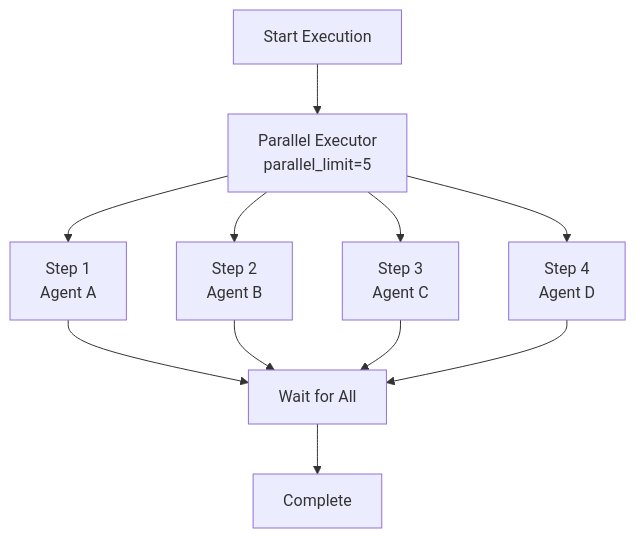
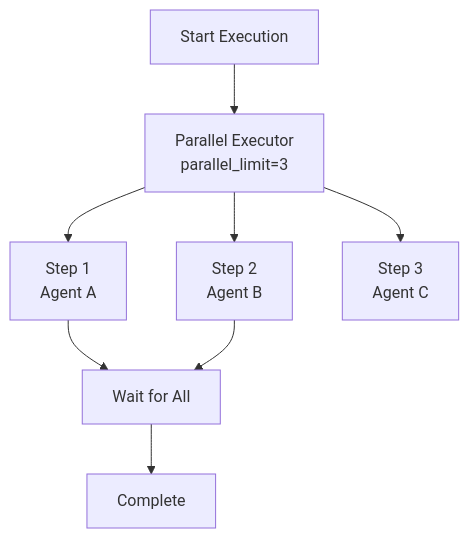
The second of 5 diagrams in docs/workflows-recipes/execution-configuration.md (AutomatosAI/automatos-ai), drawn with Mermaid before and after one commit. The commit also changed other lines of this file and 153 other files, not shown here.

````diff
--- a/docs/workflows-recipes/execution-configuration.md
+++ b/docs/workflows-recipes/execution-configuration.md
@@ -89,14 +74,11 @@
 ```mermaid
 graph TB
-    Start["Start Execution"] --> Parallel["Parallel Executor<br/>parallel_limit=5"]
+    Start["Start Execution"] --> Parallel["Parallel Executor<br/>parallel_limit=3"]
     Parallel --> Step1["Step 1<br/>Agent A"]
     Parallel --> Step2["Step 2<br/>Agent B"]
     Parallel --> Step3["Step 3<br/>Agent C"]
-    Parallel --> Step4["Step 4<br/>Agent D"]
     
     Step1 --> Sync["Wait for All"]
     Step2 --> Sync
-    Step3 --> Sync
-    Step4 --> Sync
     Sync --> End["Complete"]
 ```
````
